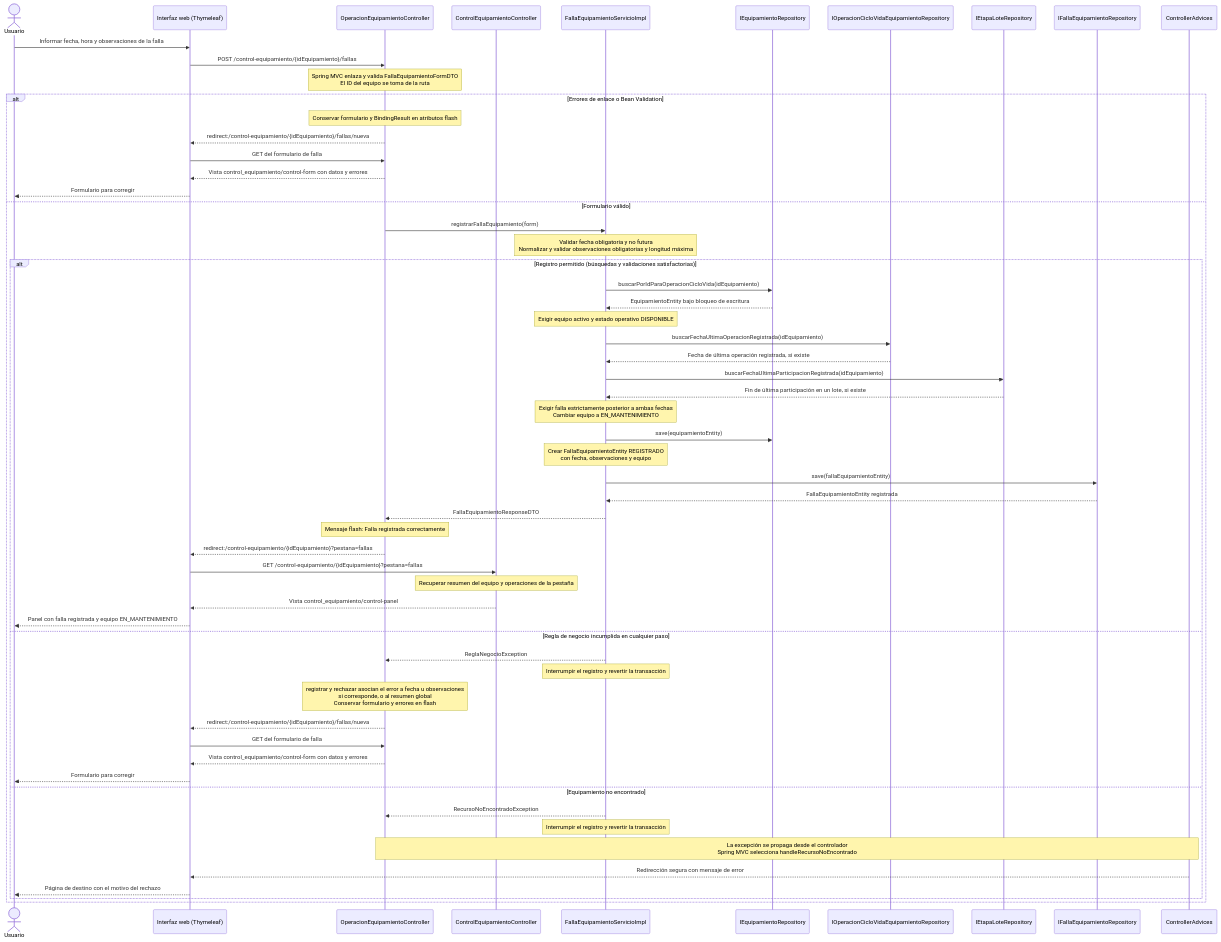
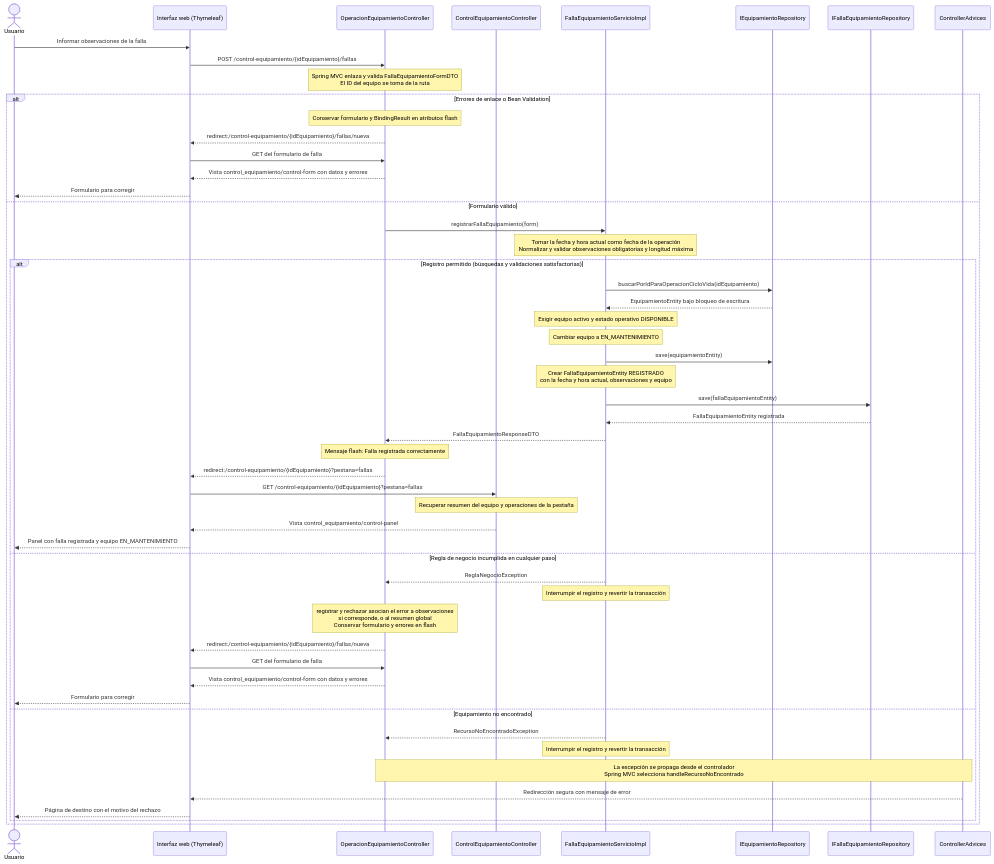
The diagram in docs/MetodologiaUP/Diseño/DSD/DSD-registrarFallaEquipamiento.md (HeikyuDev/MaestroCervecero), drawn with Mermaid before and after one commit. The commit also changed other lines of this file and 79 other files, not shown here.

First line of the commit message:
refactor(ciclo-vida): register lifecycle operations with the current date and time

````diff
--- a/docs/MetodologiaUP/Diseño/DSD/DSD-registrarFallaEquipamiento.md
+++ b/docs/MetodologiaUP/Diseño/DSD/DSD-registrarFallaEquipamiento.md
@@ -5,62 +5,56 @@
 ```mermaid
 sequenceDiagram
     actor Usuario
     participant Vista as Interfaz web (Thymeleaf)
     participant C as OperacionEquipamientoController
     participant Panel as ControlEquipamientoController
     participant S as FallaEquipamientoServicioImpl
     participant E as IEquipamientoRepository
-    participant O as IOperacionCicloVidaEquipamientoRepository
-    participant T as IEtapaLoteRepository
     participant F as IFallaEquipamientoRepository
     participant A as ControllerAdvices
 
-    Usuario->>Vista: Informar fecha, hora y observaciones de la falla
+    Usuario->>Vista: Informar observaciones de la falla
     Vista->>C: POST /control-equipamiento/{idEquipamiento}/fallas
     Note over C: Spring MVC enlaza y valida FallaEquipamientoFormDTO<br/>El ID del equipo se toma de la ruta
     alt Errores de enlace o Bean Validation
         Note over C: Conservar formulario y BindingResult en atributos flash
         C-->>Vista: redirect:/control-equipamiento/{idEquipamiento}/fallas/nueva
         Vista->>C: GET del formulario de falla
         C-->>Vista: Vista control_equipamiento/control-form con datos y errores
         Vista-->>Usuario: Formulario para corregir
     else Formulario válido
         C->>S: registrarFallaEquipamiento(form)
-        Note over S: Validar fecha obligatoria y no futura<br/>Normalizar y validar observaciones obligatorias y longitud máxima
+        Note over S: Tomar la fecha y hora actual como fecha de la operación<br/>Normalizar y validar observaciones obligatorias y longitud máxima
         alt Registro permitido (búsquedas y validaciones satisfactorias)
             S->>E: buscarPorIdParaOperacionCicloVida(idEquipamiento)
             E-->>S: EquipamientoEntity bajo bloqueo de escritura
             Note over S: Exigir equipo activo y estado operativo DISPONIBLE
-            S->>O: buscarFechaUltimaOperacionRegistrada(idEquipamiento)
-            O-->>S: Fecha de última operación registrada, si existe
-            S->>T: buscarFechaUltimaParticipacionRegistrada(idEquipamiento)
-            T-->>S: Fin de última participación en un lote, si existe
-            Note over S: Exigir falla estrictamente posterior a ambas fechas<br/>Cambiar equipo a EN_MANTENIMIENTO
+            Note over S: Cambiar equipo a EN_MANTENIMIENTO
             S->>E: save(equipamientoEntity)
-            Note over S: Crear FallaEquipamientoEntity REGISTRADO<br/>con fecha, observaciones y equipo
+            Note over S: Crear FallaEquipamientoEntity REGISTRADO<br/>con la fecha y hora actual, observaciones y equipo
             S->>F: save(fallaEquipamientoEntity)
             F-->>S: FallaEquipamientoEntity registrada
             S-->>C: FallaEquipamientoResponseDTO
             Note over C: Mensaje flash: Falla registrada correctamente
             C-->>Vista: redirect:/control-equipamiento/{idEquipamiento}?pestana=fallas
             Vista->>Panel: GET /control-equipamiento/{idEquipamiento}?pestana=fallas
             Note over Panel: Recuperar resumen del equipo y operaciones de la pestaña
             Panel-->>Vista: Vista control_equipamiento/control-panel
             Vista-->>Usuario: Panel con falla registrada y equipo EN_MANTENIMIENTO
         else Regla de negocio incumplida en cualquier paso
             S-->>C: ReglaNegocioException
             Note over S: Interrumpir el registro y revertir la transacción
-            Note over C: registrar y rechazar asocian el error a fecha u observaciones<br/>si corresponde, o al resumen global<br/>Conservar formulario y errores en flash
+            Note over C: registrar y rechazar asocian el error a observaciones<br/>si corresponde, o al resumen global<br/>Conservar formulario y errores en flash
             C-->>Vista: redirect:/control-equipamiento/{idEquipamiento}/fallas/nueva
             Vista->>C: GET del formulario de falla
             C-->>Vista: Vista control_equipamiento/control-form con datos y errores
             Vista-->>Usuario: Formulario para corregir
         else Equipamiento no encontrado
             S-->>C: RecursoNoEncontradoException
             Note over S: Interrumpir el registro y revertir la transacción
             Note over C,A: La excepción se propaga desde el controlador<br/>Spring MVC selecciona handleRecursoNoEncontrado
             A-->>Vista: Redirección segura con mensaje de error
             Vista-->>Usuario: Página de destino con el motivo del rechazo
         end
     end
 ```
````
